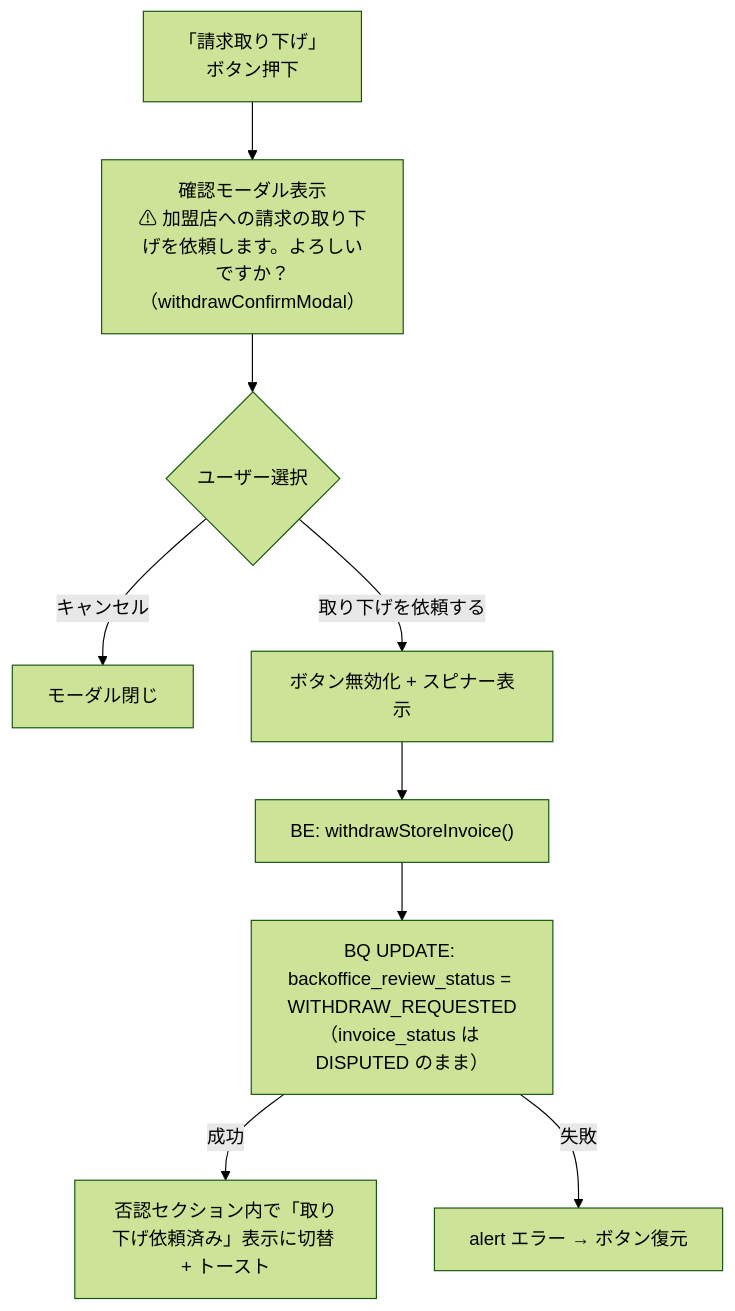
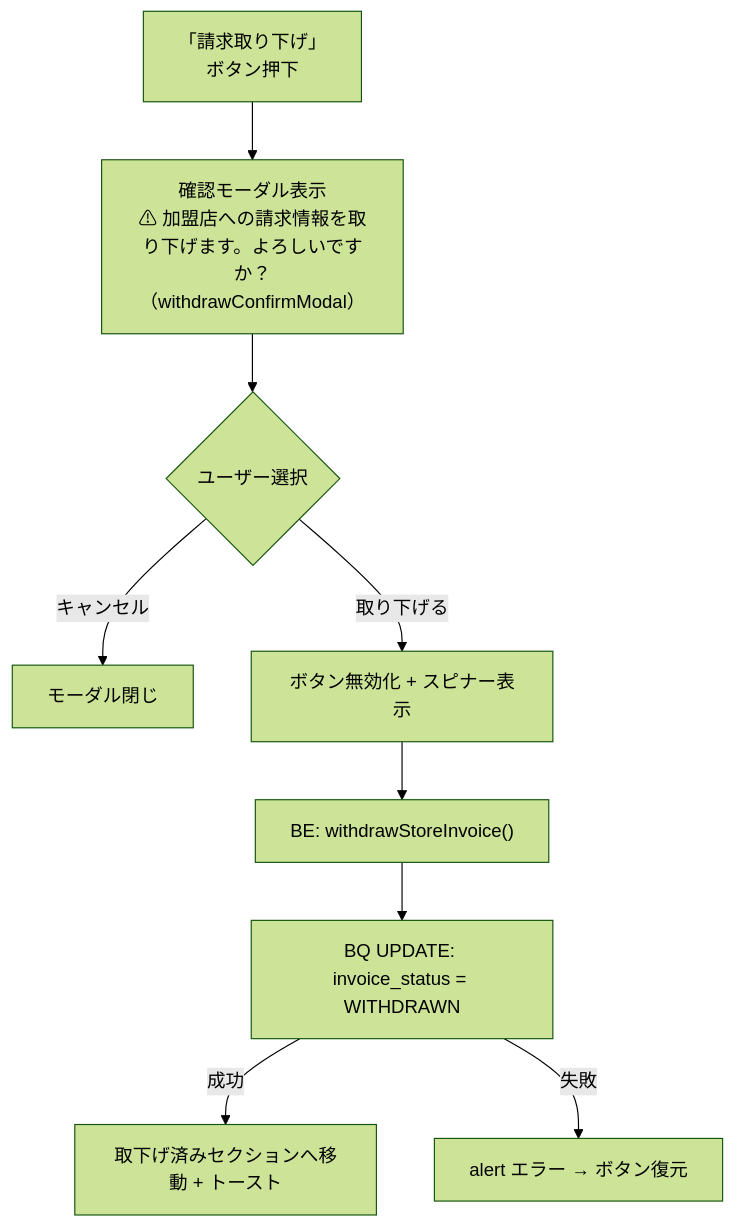
One commit to USEN-PAY-Products/connect-wholesale-gas-poc changed diagram 11 of 17 in docs/specifications/04_detail_page.md. Above: the diagram before and after it, drawn with Mermaid (forest theme). The commit also changed other lines of this file and 6 other files, not shown here.

````diff
--- a/docs/specifications/04_detail_page.md
+++ b/docs/specifications/04_detail_page.md
@@ -326,11 +320,11 @@
 ```mermaid
 flowchart TD
-    START["「請求取り下げ」\nボタン押下"] --> DIALOG["確認モーダル表示\n⚠ 加盟店への請求の取り下げを依頼します。よろしいですか？\n（withdrawConfirmModal）"]
+    START["「請求取り下げ」\nボタン押下"] --> DIALOG["確認モーダル表示\n⚠ 加盟店への請求情報を取り下げます。よろしいですか？\n（withdrawConfirmModal）"]
     DIALOG --> CANCEL{"ユーザー選択"}
     CANCEL -->|キャンセル| CLOSE["モーダル閉じ"]
-    CANCEL -->|取り下げを依頼する| DISABLE["ボタン無効化 + スピナー表示"]
+    CANCEL -->|取り下げる| DISABLE["ボタン無効化 + スピナー表示"]
     DISABLE --> BE["BE: withdrawStoreInvoice()"]
-    BE --> BQ["BQ UPDATE: backoffice_review_status = WITHDRAW_REQUESTED\n（invoice_status は DISPUTED のまま）"]
-    BQ -->|成功| SUCCESS["否認セクション内で「取り下げ依頼済み」表示に切替 + トースト"]
+    BE --> BQ["BQ UPDATE: invoice_status = WITHDRAWN"]
+    BQ -->|成功| SUCCESS["取下げ済みセクションへ移動 + トースト"]
     BQ -->|失敗| FAIL["alert エラー → ボタン復元"]
 ```
````
